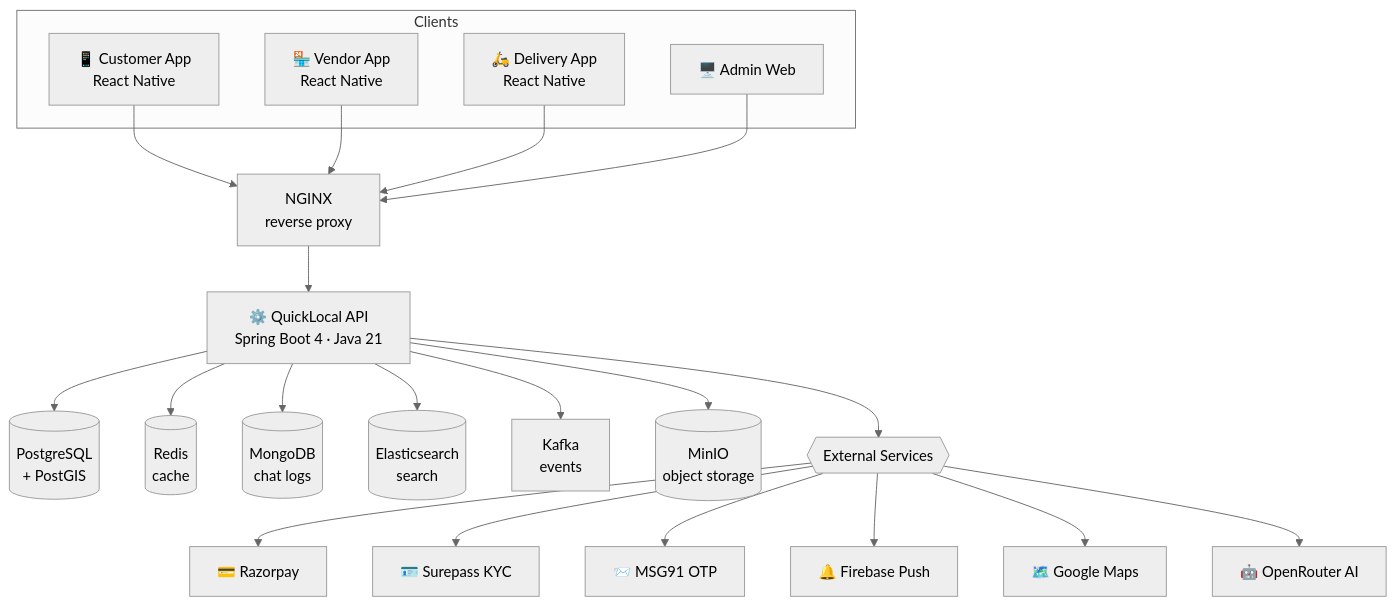
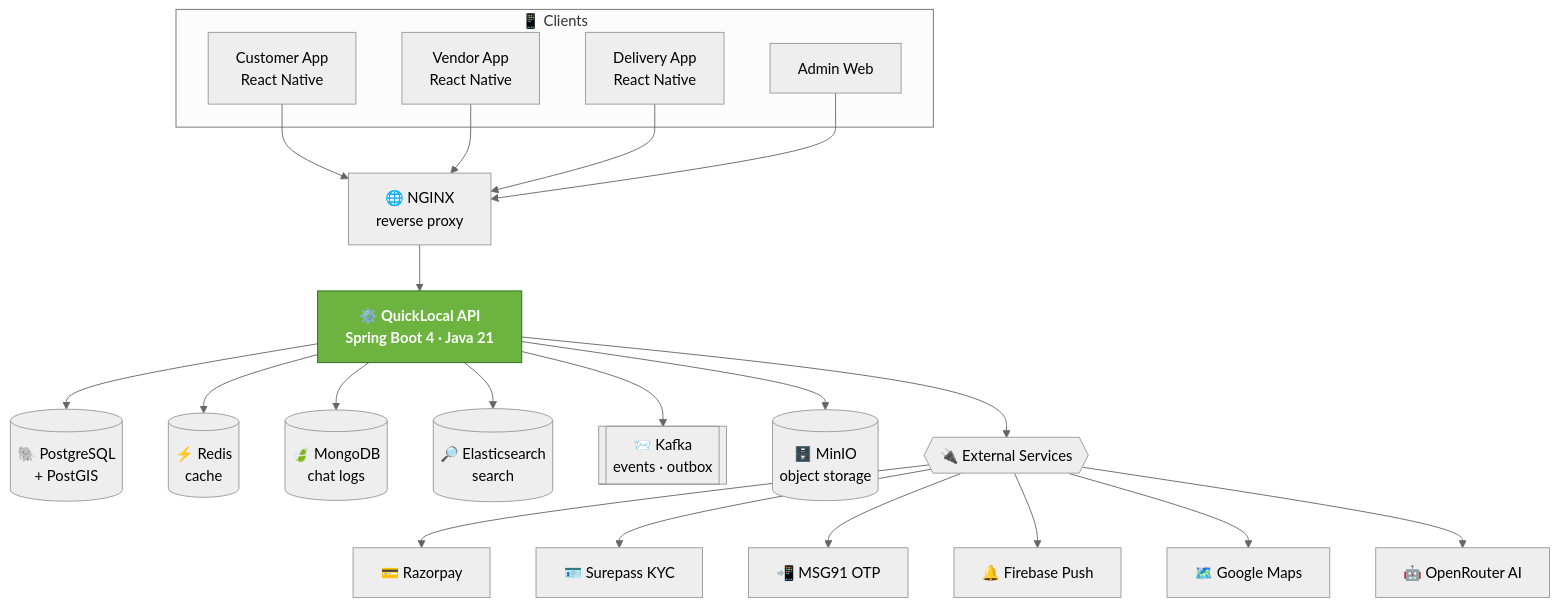
One commit to Divyansh-Official/QUICKLOCAL-OVERVIEW changed the first of 2 diagrams in README.md. Above: the diagram before and after it, drawn with Mermaid (neutral theme). The commit also changed other lines of this file, not shown here.

````diff
--- a/README.md
+++ b/README.md
@@ -40,26 +65,29 @@
 ```mermaid
 flowchart TD
-    subgraph Clients
-      A[📱 Customer App<br/>React Native]
-      B[🏪 Vendor App<br/>React Native]
-      C[🛵 Delivery App<br/>React Native]
-      D[🖥️ Admin Web]
+    subgraph Clients["📱 Clients"]
+      A[Customer App<br/>React Native]
+      B[Vendor App<br/>React Native]
+      C[Delivery App<br/>React Native]
+      D[Admin Web]
     end
-    A & B & C & D --> N[NGINX<br/>reverse proxy]
-    N --> APP[⚙️ QuickLocal API<br/>Spring Boot 4 · Java 21]
+    A & B & C & D --> N[🌐 NGINX<br/>reverse proxy]
+    N --> APP[⚙️ QuickLocal API<br/><b>Spring Boot 4 · Java 21</b>]
 
-    APP --> PG[(PostgreSQL<br/>+ PostGIS)]
-    APP --> RD[(Redis<br/>cache)]
-    APP --> MG[(MongoDB<br/>chat logs)]
-    APP --> ES[(Elasticsearch<br/>search)]
-    APP --> KF[Kafka<br/>events]
-    APP --> MN[(MinIO<br/>object storage)]
+    APP --> PG[(🐘 PostgreSQL<br/>+ PostGIS)]
+    APP --> RD[(⚡ Redis<br/>cache)]
+    APP --> MG[(🍃 MongoDB<br/>chat logs)]
+    APP --> ES[(🔎 Elasticsearch<br/>search)]
+    APP --> KF[[📨 Kafka<br/>events · outbox]]
+    APP --> MN[(🗄️ MinIO<br/>object storage)]
 
-    APP --> EXT{{External Services}}
+    APP --> EXT{{🔌 External Services}}
     EXT --> RZ[💳 Razorpay]
     EXT --> SP[🪪 Surepass KYC]
-    EXT --> MS[📨 MSG91 OTP]
+    EXT --> MS[📲 MSG91 OTP]
     EXT --> FB[🔔 Firebase Push]
     EXT --> GM[🗺️ Google Maps]
     EXT --> OR[🤖 OpenRouter AI]
+
+    classDef core fill:#6DB33F,stroke:#2b6a1f,color:#fff,font-weight:bold;
+    class APP core;
 ```
````
